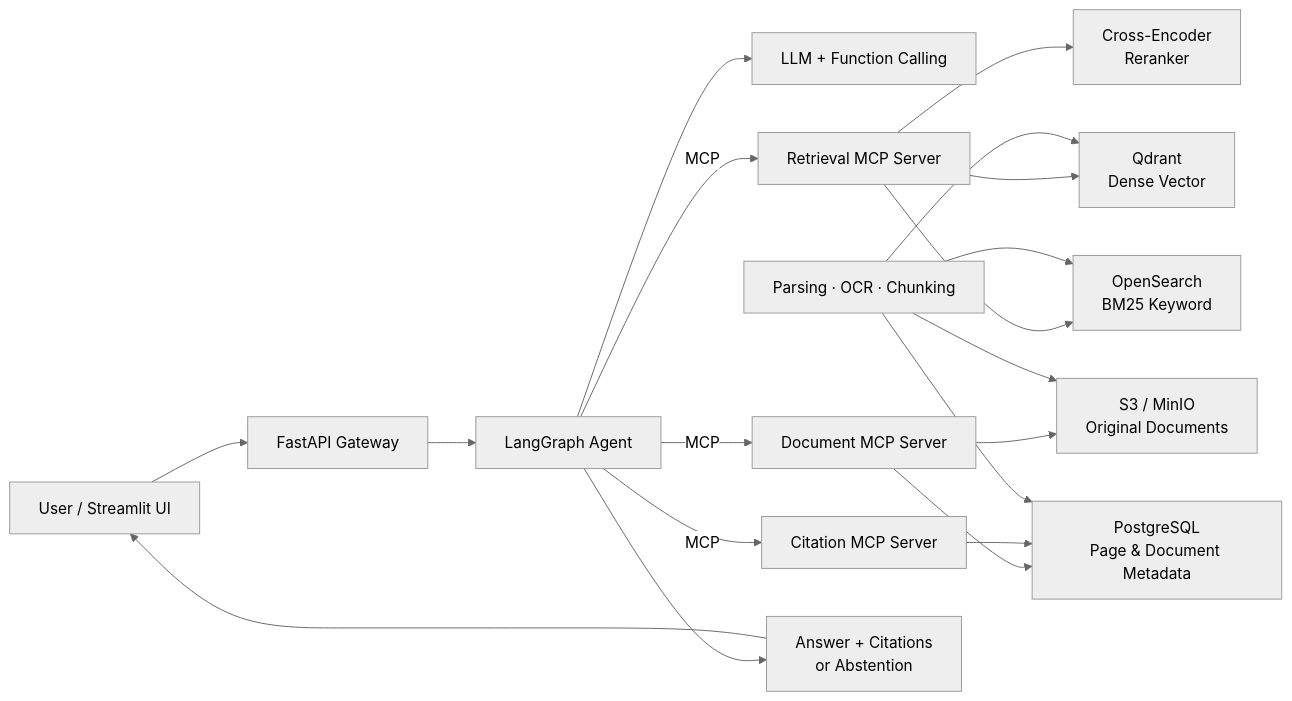
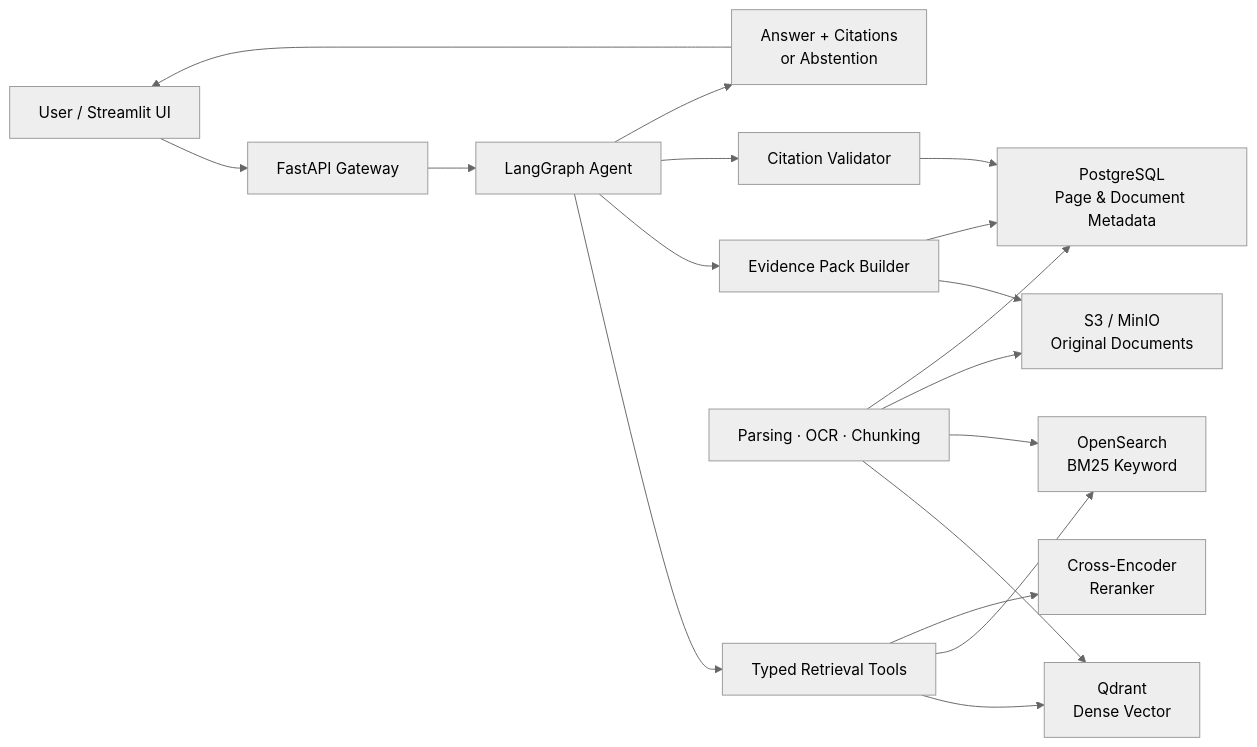
Before and after one commit to doyeon789/semiconductor-document-rag-ai-agent: the diagram in README.md, drawn with Mermaid (neutral theme). The commit also changed other lines of this file and 7 other files, not shown here.

````diff
--- a/README.md
+++ b/README.md
@@ -60,26 +60,24 @@
 ```mermaid
 flowchart LR
     U["User / Streamlit UI"] --> API["FastAPI Gateway"]
     API --> AGENT["LangGraph Agent"]
-    AGENT --> LLM["LLM + Function Calling"]
-
-    AGENT -->|MCP| RET["Retrieval MCP Server"]
-    AGENT -->|MCP| DOC["Document MCP Server"]
-    AGENT -->|MCP| CITE["Citation MCP Server"]
+    AGENT --> RET["Typed Retrieval Tools"]
+    AGENT --> DOC["Evidence Pack Builder"]
+    AGENT --> CITE["Citation Validator"]
 
     RET --> VS["Qdrant<br/>Dense Vector"]
     RET --> KS["OpenSearch<br/>BM25 Keyword"]
     RET --> RR["Cross-Encoder<br/>Reranker"]
 
     DOC --> OBJ["S3 / MinIO<br/>Original Documents"]
     DOC --> META["PostgreSQL<br/>Page & Document Metadata"]
     CITE --> META
 
     INGEST["Parsing · OCR · Chunking"] --> VS
     INGEST --> KS
     INGEST --> OBJ
     INGEST --> META
 
     AGENT --> ANSWER["Answer + Citations<br/>or Abstention"]
     ANSWER --> U
 ```
````
